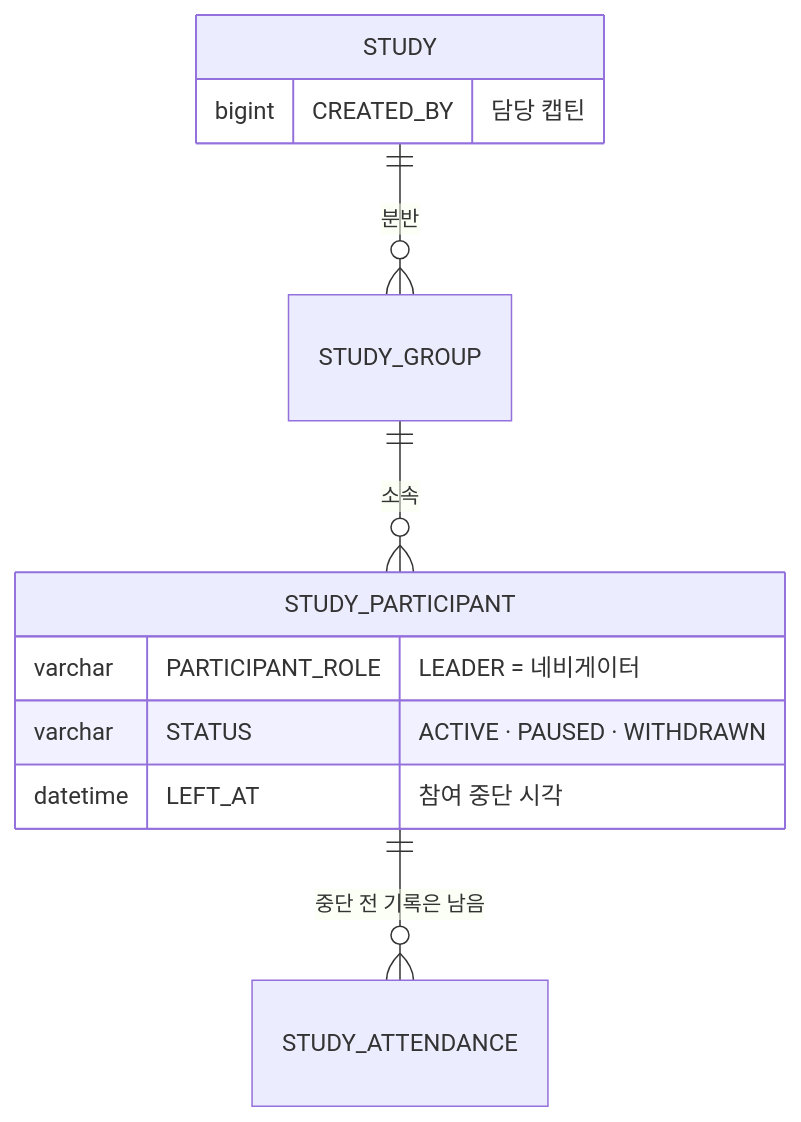
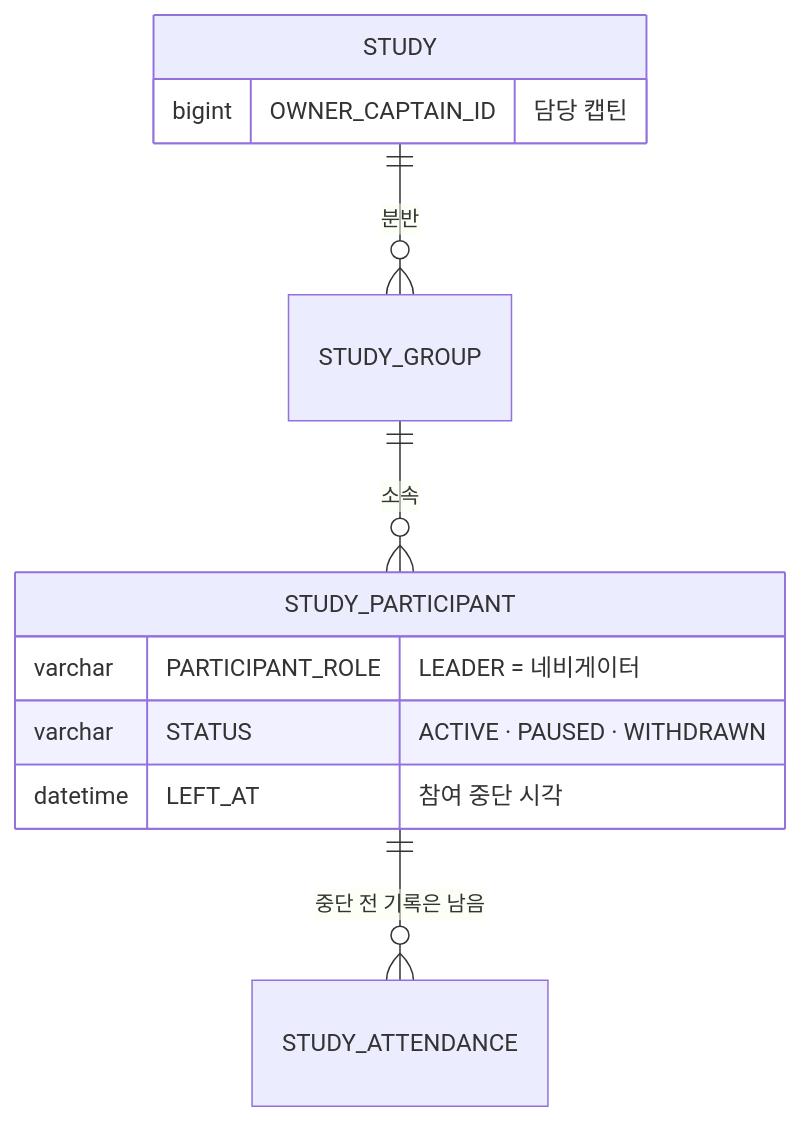
The second of 2 diagrams in 01-planning/stories/navigator-withdraw-participant/PRD.md (StudyClub-PlusPlus/studyclub-engineering), drawn with Mermaid before and after one commit. The commit also changed other lines of this file and 88 other files, not shown here.

First line of the commit message:
feat: 담당 캡틴을 STUDY.OWNER_CAPTAIN_ID 로 따로 두고 백오피스 신청자 탭에서 바꾼다

````diff
--- a/01-planning/stories/navigator-withdraw-participant/PRD.md
+++ b/01-planning/stories/navigator-withdraw-participant/PRD.md
@@ -143,14 +143,14 @@
 ```mermaid
 erDiagram
   STUDY ||--o{ STUDY_GROUP : "분반"
   STUDY_GROUP ||--o{ STUDY_PARTICIPANT : "소속"
   STUDY_PARTICIPANT ||--o{ STUDY_ATTENDANCE : "중단 전 기록은 남음"
   STUDY {
-    bigint CREATED_BY "담당 캡틴"
+    bigint OWNER_CAPTAIN_ID "담당 캡틴"
   }
   STUDY_PARTICIPANT {
     varchar PARTICIPANT_ROLE "LEADER = 네비게이터"
     varchar STATUS "ACTIVE · PAUSED · WITHDRAWN"
     datetime LEFT_AT "참여 중단 시각"
   }
 ```
````
